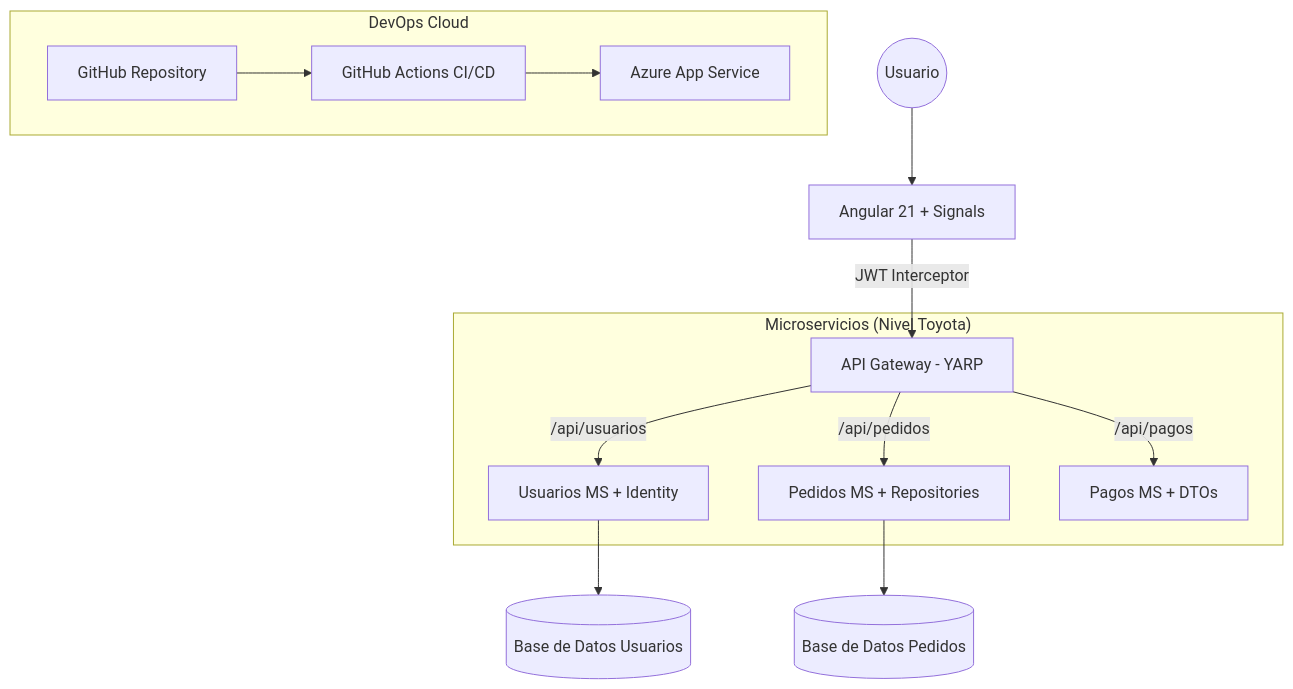
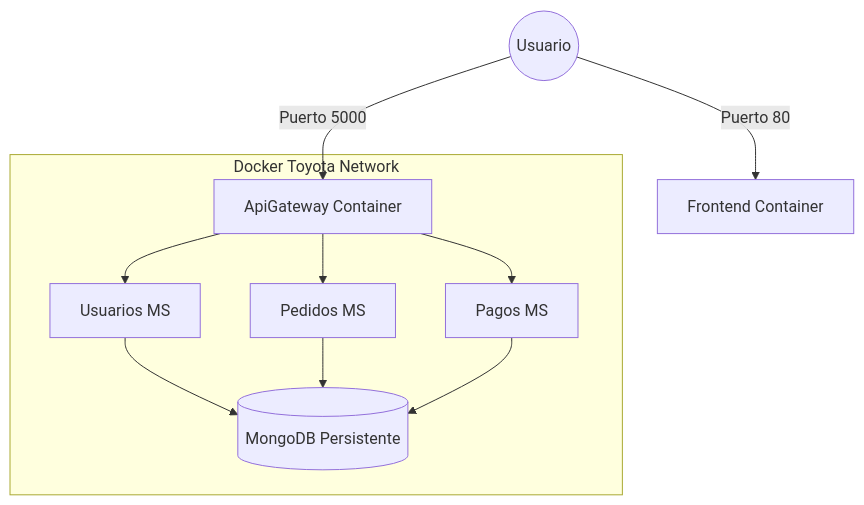
One commit to alejandrochreyes2/outilotech-pedidos changed the diagram in README.md. Above: the diagram before and after it, drawn with Mermaid. The commit also changed other lines of this file and 36 other files, not shown here.

First line of the commit message:
fix: JWT auth funcional + arquitectura enterprise Nivel Toyota completa

````diff
--- a/README.md
+++ b/README.md
@@ -52,19 +47,15 @@
 ```mermaid
 graph TD
-    User((Usuario)) --> Angular[Angular 21 + Signals]
-    Angular -->|JWT Interceptor| Gateway[API Gateway - YARP]
+    User((Usuario)) -->|"Puerto 80"| Frontend[Frontend Container]
+    User -->|"Puerto 5000"| Gateway[ApiGateway Container]
     
-    subgraph "Microservicios (Nivel Toyota)"
-        Gateway -->|/api/usuarios| MS_Users[Usuarios MS + Identity]
-        Gateway -->|/api/pedidos| MS_Orders[Pedidos MS + Repositories]
-        Gateway -->|/api/pagos| MS_Payments[Pagos MS + DTOs]
-    end
-    
-    MS_Users --> DB[(Base de Datos Usuarios)]
-    MS_Orders --> DB_Orders[(Base de Datos Pedidos)]
-    
-    subgraph "DevOps Cloud"
-        Git[GitHub Repository] --> Actions[GitHub Actions CI/CD]
-        Actions --> Azure[Azure App Service]
+    subgraph "Docker Toyota Network"
+        Gateway --> Usuarios[Usuarios MS]
+        Gateway --> Pedidos[Pedidos MS]
+        Gateway --> Pagos[Pagos MS]
+        
+        Usuarios --> Mongo[(MongoDB Persistente)]
+        Pedidos --> Mongo
+        Pagos --> Mongo
     end
 ```
````
